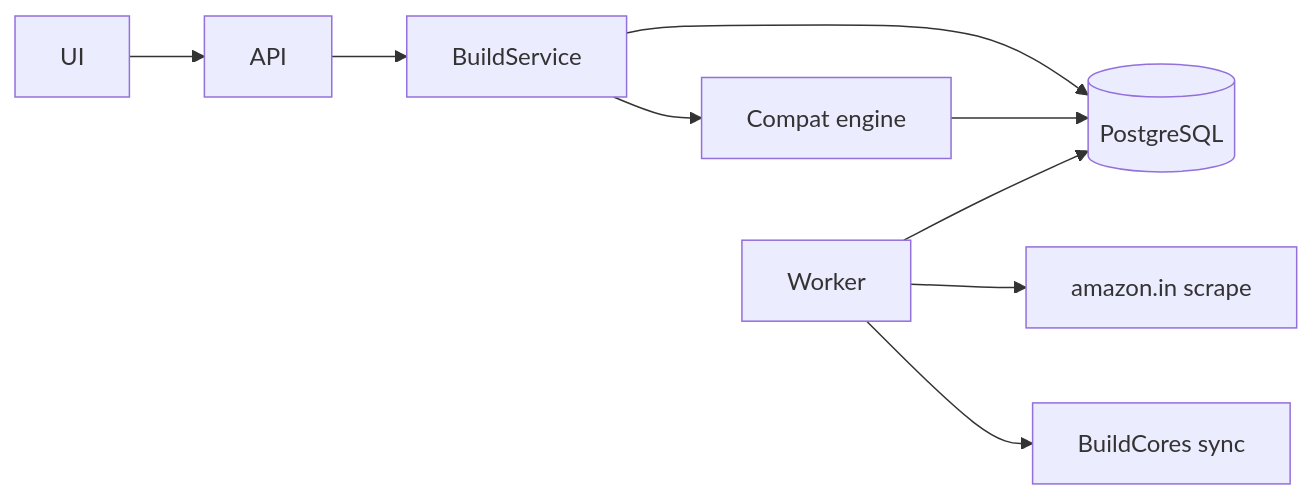
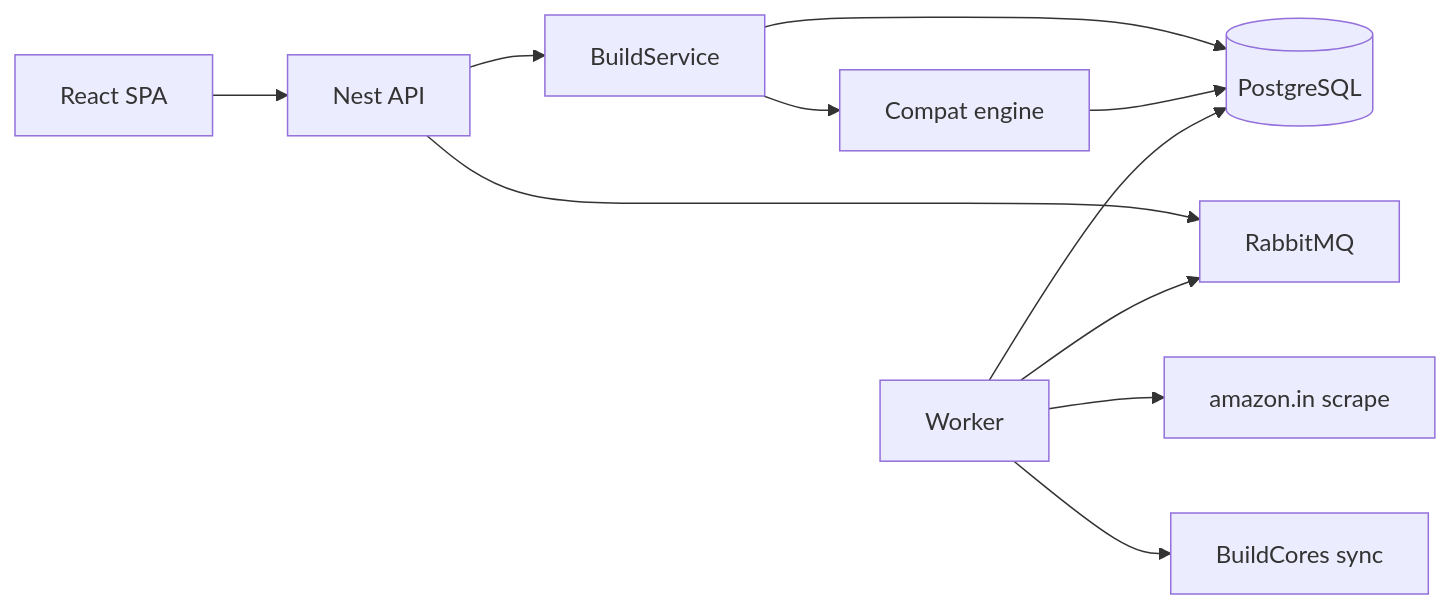
Before and after one commit to pncnaveen/pc-part-picker-builder: the second of 3 diagrams in _bmad-output/initiative-pc-part-picker-builder/architecture-pc-part-picker-builder/architecture-pc-part-picker-builder.md, drawn with Mermaid. The commit also changed other lines of this file and 2 other files, not shown here.

First line of the commit message:
Update architecture spine for Nest/React split and RabbitMQ stack.

````diff
--- a/_bmad-output/initiative-pc-part-picker-builder/architecture-pc-part-picker-builder/architecture-pc-part-picker-builder.md
+++ b/_bmad-output/initiative-pc-part-picker-builder/architecture-pc-part-picker-builder/architecture-pc-part-picker-builder.md
@@ -158,11 +173,13 @@
 ```mermaid
 flowchart LR
-  UI[UI] --> API[API]
+  UI[React SPA] --> API[Nest API]
   API --> BS[BuildService]
   BS --> CE[Compat engine]
   BS --> DB[(PostgreSQL)]
   CE --> DB
-  Worker[Worker] --> DB
+  API --> RMQ[RabbitMQ]
+  Worker[Worker] --> RMQ
+  Worker --> DB
   Worker --> AMZ[amazon.in scrape]
   Worker --> BC[BuildCores sync]
 ```
````
